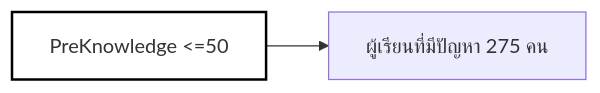
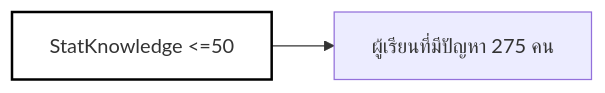
The fifth of 6 diagrams in exploratoty_data_viz/exploratoty_data_vizqmd.qmd (datakruroo/datakruroo.github.io), drawn with Mermaid before and after one commit. The commit also changed other lines of this file and 190 other files, not shown here.

````diff
--- a/exploratoty_data_viz/exploratoty_data_vizqmd.qmd
+++ b/exploratoty_data_viz/exploratoty_data_vizqmd.qmd
@@ -1207,9 +1212,9 @@
 ```{mermaid}
 %%| echo: false
 %%| fig-align: "center"
 
 flowchart LR
-A["PreKnowledge <=50"]--> D["ผู้เรียนที่มีปัญหา 275 คน"]
+A["StatKnowledge <=50"]--> D["ผู้เรียนที่มีปัญหา 275 คน"]
 
 style A fill:#ffffff, stroke: black, stroke-width: 2px
 ```
````
